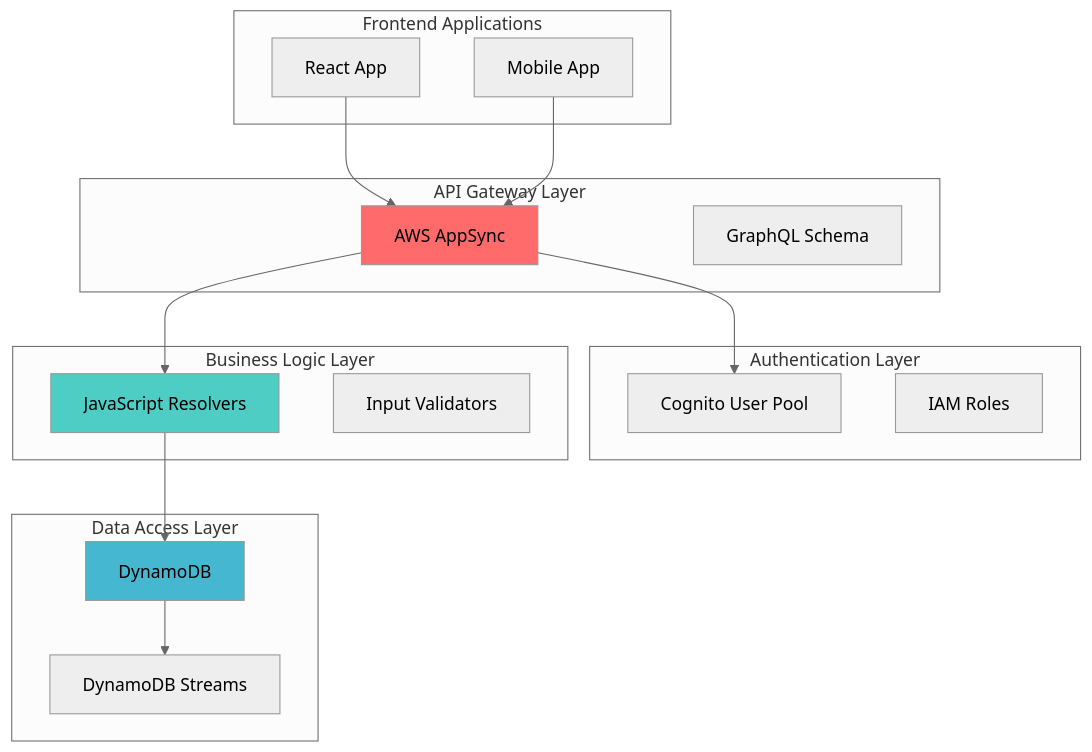
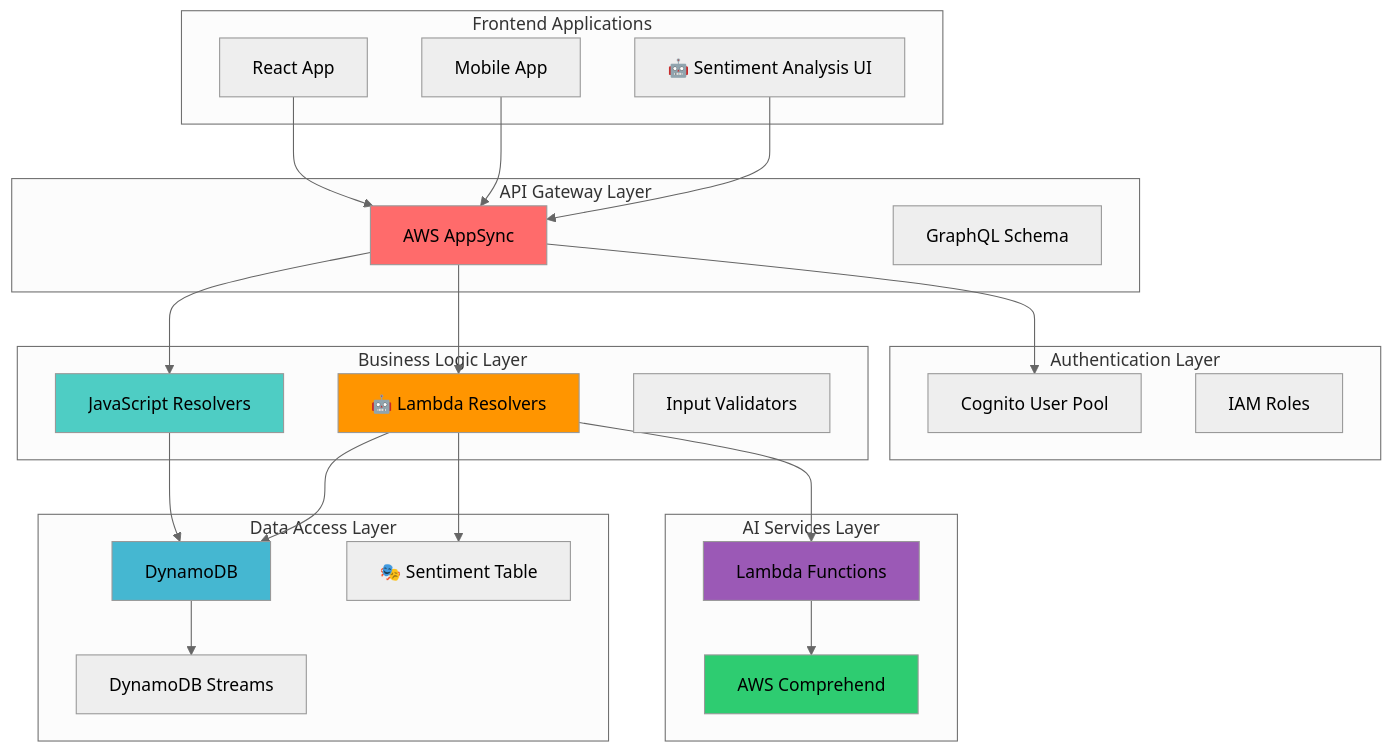
Before and after one commit to keitti73/chat_app_by_ai: the first of 24 diagrams in doc/design/API設計詳細.md, drawn with Mermaid (neutral theme). The commit also changed other lines of this file and 14 other files, not shown here.

First line of the commit message:
feat(lambda): Implement advanced sentiment analysis resolver with AWS Comprehend integration

````diff
--- a/doc/design/API設計詳細.md
+++ b/doc/design/API設計詳細.md
@@ -7,38 +7,55 @@
 ```mermaid
 flowchart TB
     subgraph "Frontend Applications"
         A[React App]
         B[Mobile App]
+        SA[🤖 Sentiment Analysis UI]
     end
     
     subgraph "API Gateway Layer"
         C[AWS AppSync]
         D[GraphQL Schema]
     end
     
     subgraph "Authentication Layer"
         E[Cognito User Pool]
         F[IAM Roles]
     end
     
     subgraph "Business Logic Layer"
         G[JavaScript Resolvers]
+        LR[🤖 Lambda Resolvers]
         H[Input Validators]
+    end
+    
+    subgraph "AI Services Layer"
+        L[Lambda Functions]
+        COM[AWS Comprehend]
     end
     
     subgraph "Data Access Layer"
         I[DynamoDB]
         J[DynamoDB Streams]
+        ST[🎭 Sentiment Table]
     end
     
     A --> C
     B --> C
+    SA --> C
     C --> E
     C --> G
+    C --> LR
+    LR --> L
+    L --> COM
     G --> I
+    LR --> I
+    LR --> ST
     I --> J
     
     style C fill:#ff6b6b
     style G fill:#4ecdc4
+    style LR fill:#ff9500
     style I fill:#45b7d1
+    style L fill:#9b59b6
+    style COM fill:#2ecc71
 ```
````
